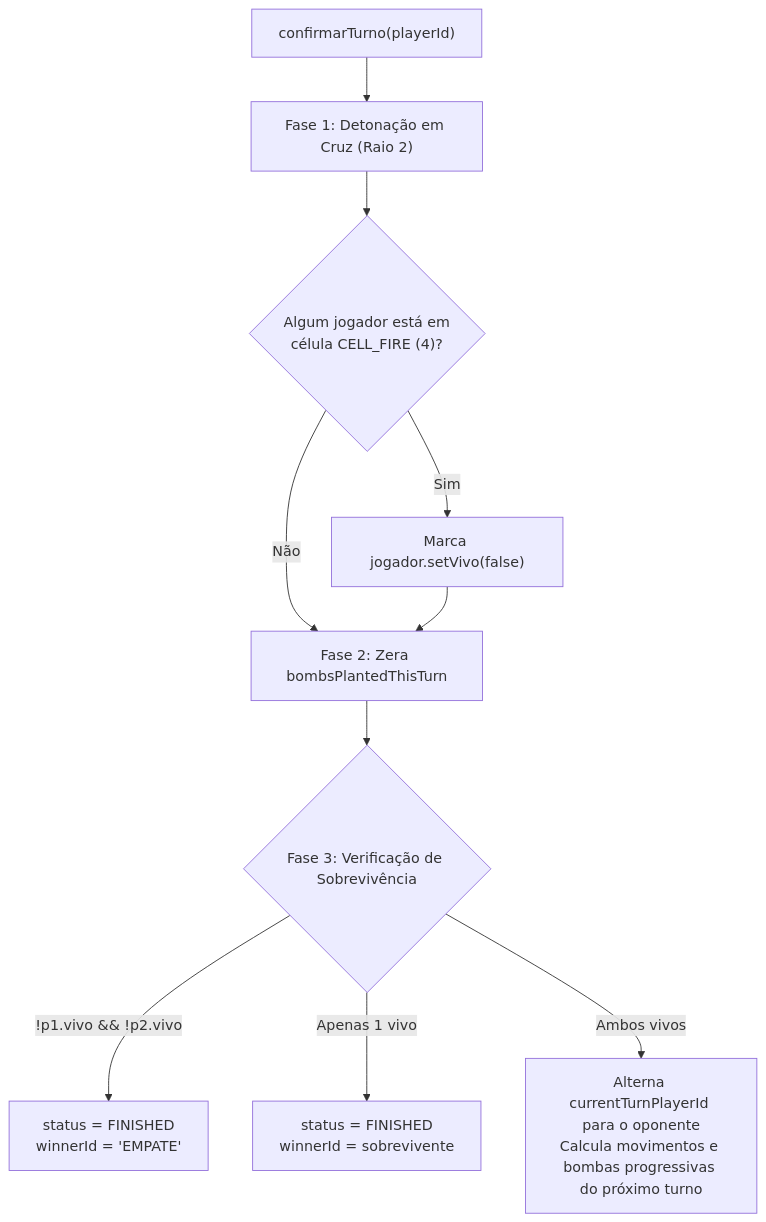
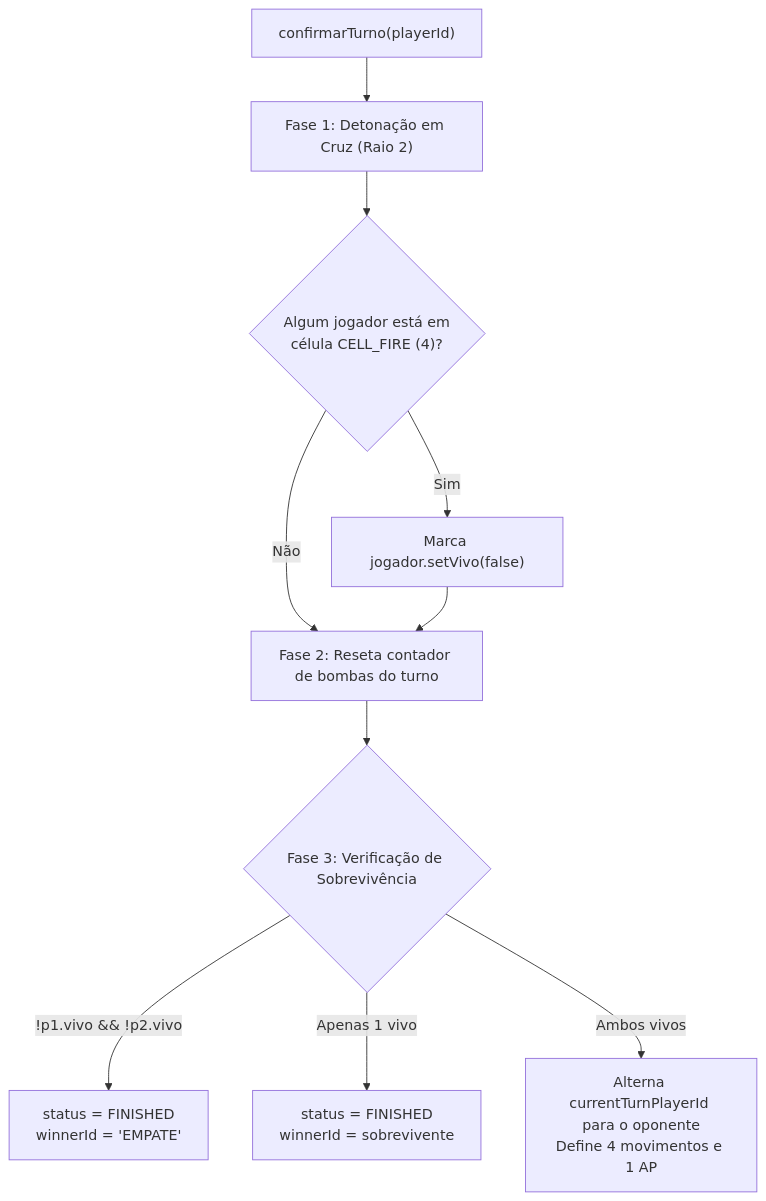
Before and after one commit to emn-f/bomberman-sd: the second of 2 diagrams in docs/GUIA_ESTUDO_BACKEND.md, drawn with Mermaid. The commit also changed other lines of this file and 10 other files, not shown here.

````diff
--- a/docs/GUIA_ESTUDO_BACKEND.md
+++ b/docs/GUIA_ESTUDO_BACKEND.md
@@ -157,12 +157,12 @@
 ```mermaid
 flowchart TD
     A["confirmarTurno(playerId)"] --> B["Fase 1: Detonação em Cruz (Raio 2)"]
     B --> C{"Algum jogador está em<br/>célula CELL_FIRE (4)?"}
     C -- Sim --> D["Marca jogador.setVivo(false)"]
-    C -- Não --> E["Fase 2: Zera bombsPlantedThisTurn"]
+    C -- Não --> E["Fase 2: Reseta contador de bombas do turno"]
     D --> E
     E --> F{"Fase 3: Verificação de Sobrevivência"}
     F -- "!p1.vivo && !p2.vivo" --> G["status = FINISHED<br/>winnerId = 'EMPATE'"]
     F -- "Apenas 1 vivo" --> H["status = FINISHED<br/>winnerId = sobrevivente"]
-    F -- "Ambos vivos" --> I["Alterna currentTurnPlayerId para o oponente<br/>Calcula movimentos e bombas progressivas do próximo turno"]
+    F -- "Ambos vivos" --> I["Alterna currentTurnPlayerId para o oponente<br/>Define 4 movimentos e 1 AP"]
 ```
````
